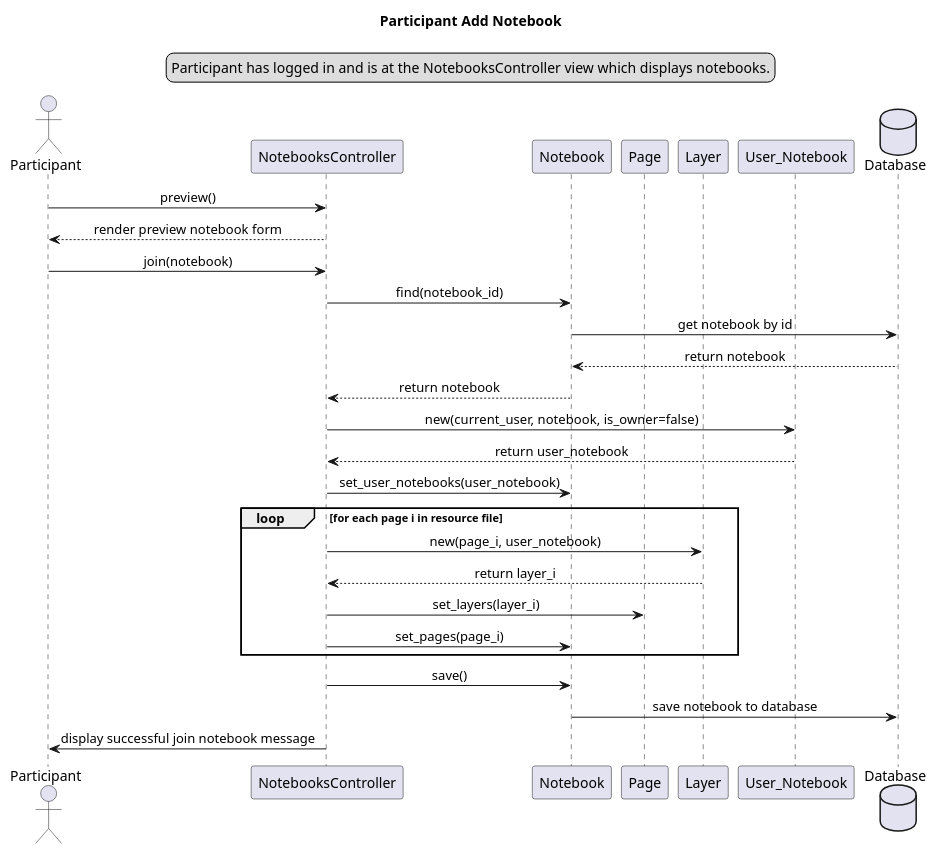
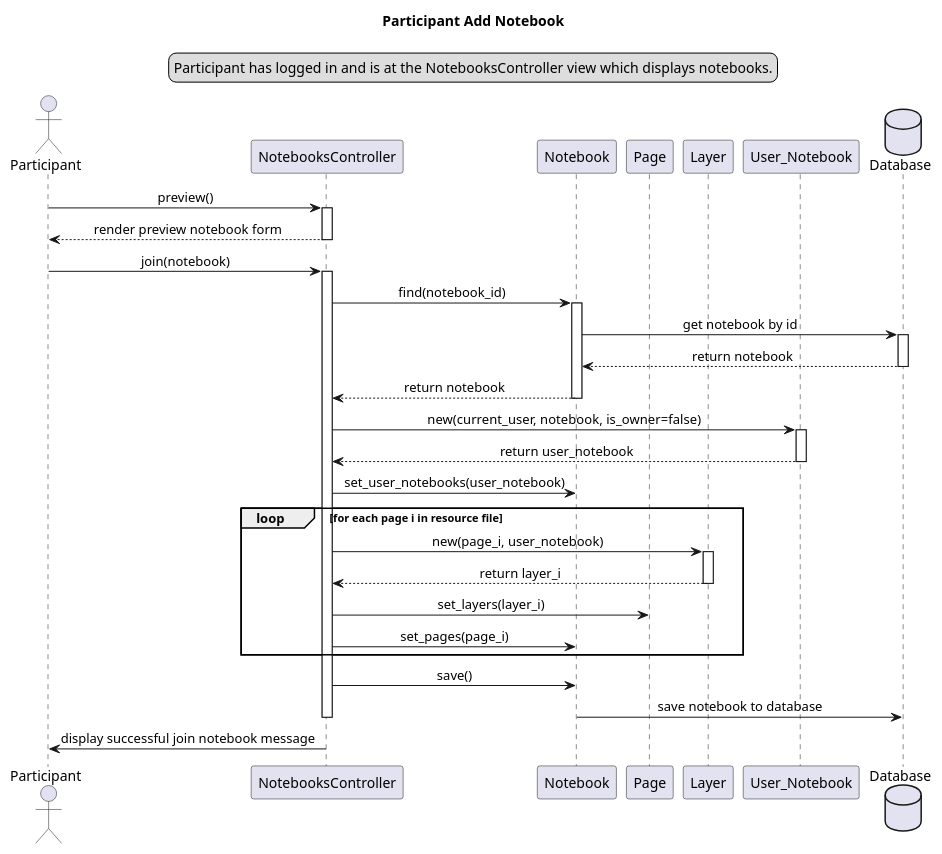
Before and after one commit to calebschoepp/canvasync: the diagram in docs/preliminary_design/participant_add_notebook_seq.plantuml, drawn with PlantUML. The commit also changed 14 other files, not shown here.

```diff
--- a/docs/preliminary_design/participant_add_notebook_seq.plantuml
+++ b/docs/preliminary_design/participant_add_notebook_seq.plantuml
@@ -1,38 +1,50 @@
 @startuml Participant Add Notebook
 title Participant Add Notebook
 skinparam sequenceMessageAlign center
 
 legend top
 Participant has logged in and is at the NotebooksController view which displays notebooks.
 endlegend
 
 actor Participant as partic
 participant NotebooksController as nc
 participant Notebook as nm
 participant Page as pm
 participant Layer as lm
 participant User_Notebook as unm
 database Database as db
 
 partic -> nc: preview()
+activate nc
 partic <-- nc : render preview notebook form
+deactivate nc
 partic -> nc : join(notebook)
+activate nc
 nc -> nm : find(notebook_id)
+activate nm
 nm -> db : get notebook by id
+activate db
 db --> nm : return notebook
+deactivate db
 nm --> nc : return notebook
+deactivate nm
 nc -> unm : new(current_user, notebook, is_owner=false)
+activate unm
 nc <-- unm : return user_notebook
+deactivate unm
 nc -> nm : set_user_notebooks(user_notebook)
 loop for each page i in resource file
     nc -> lm : new(page_i, user_notebook)
+    activate lm
     nc <-- lm : return layer_i
+    deactivate lm
     nc -> pm : set_layers(layer_i)
     nc -> nm : set_pages(page_i)
 end
 nc -> nm : save()
 nm -> db : save notebook to database
+deactivate nc
 
 partic <- nc : display successful join notebook message
 
 @enduml
```
